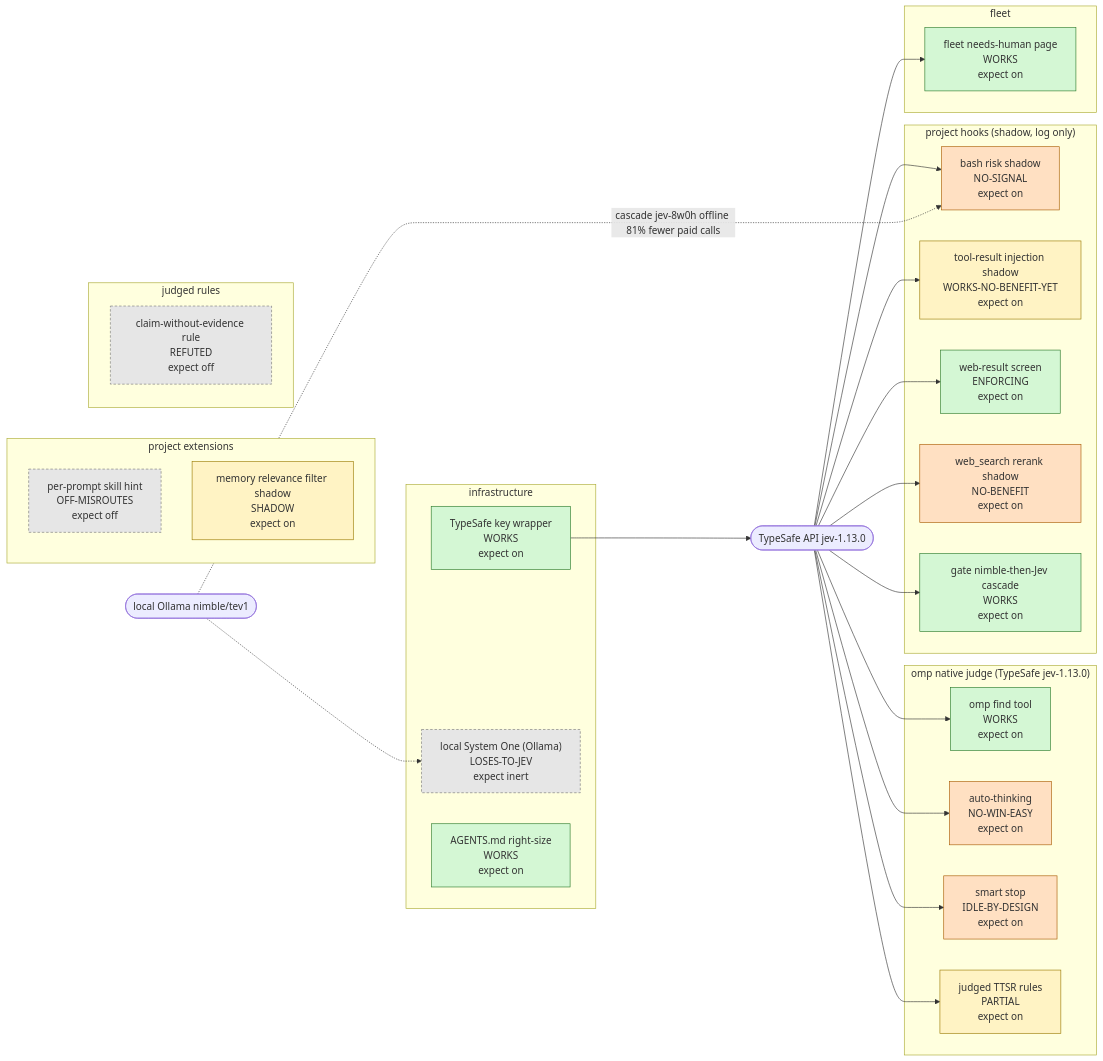
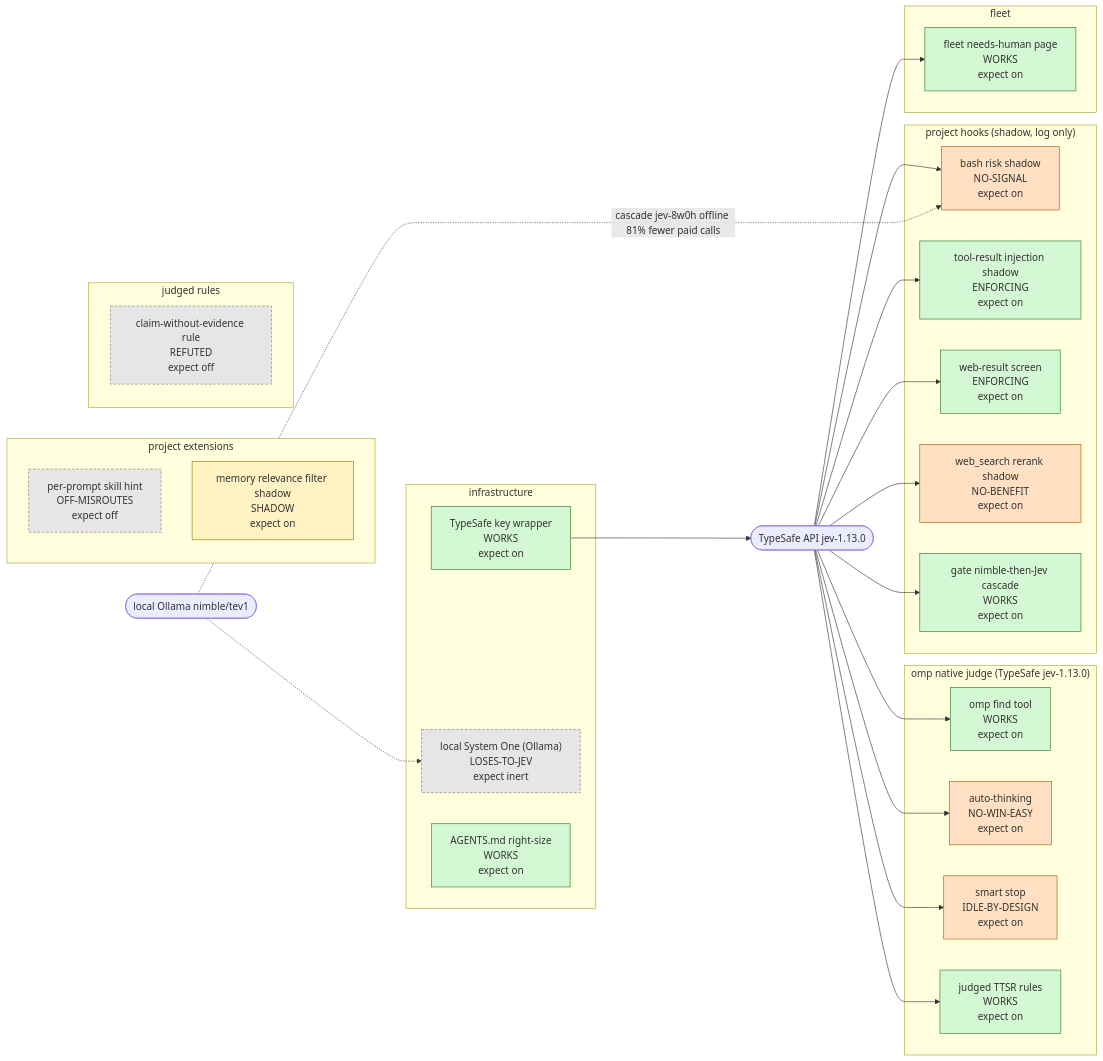
One commit to JYeswak/jev_playground changed the diagram in work/jev-inventory/goldens/inventory-structure.mmd. Above: the diagram before and after it, drawn with Mermaid. The commit also changed 2 other files, not shown here.

Commit message:
data(jev-inventory): record verified outcomes (find, judged rules, injection + web screens enforcing, needs-human); ENFORCING counts as measured [test]

```diff
--- a/work/jev-inventory/goldens/inventory-structure.mmd
+++ b/work/jev-inventory/goldens/inventory-structure.mmd
@@ -1,52 +1,52 @@
 flowchart LR
   JEV(["TypeSafe API jev-1.13.0"])
   LOCAL(["local Ollama nimble/tev1"])
   subgraph native["omp native judge (TypeSafe jev-1.13.0)"]
     find["omp find tool<br/>WORKS<br/>expect on"]
     auto_thinking["auto-thinking<br/>NO-WIN-EASY<br/>expect on"]
     smart_stop["smart stop<br/>IDLE-BY-DESIGN<br/>expect on"]
-    ttsr_judged["judged TTSR rules<br/>PARTIAL<br/>expect on"]
+    ttsr_judged["judged TTSR rules<br/>WORKS<br/>expect on"]
   end
   subgraph hook["project hooks (shadow, log only)"]
     gate_observe["bash risk shadow<br/>NO-SIGNAL<br/>expect on"]
-    injection_shadow["tool-result injection shadow<br/>WORKS-NO-BENEFIT-YET<br/>expect on"]
+    injection_shadow["tool-result injection shadow<br/>ENFORCING<br/>expect on"]
     webscreen["web-result screen<br/>ENFORCING<br/>expect on"]
     websearch_rerank["web_search rerank shadow<br/>NO-BENEFIT<br/>expect on"]
     gate_cascade["gate nimble-then-Jev cascade<br/>WORKS<br/>expect on"]
   end
   subgraph extension["project extensions"]
     skill_hint["per-prompt skill hint<br/>OFF-MISROUTES<br/>expect off"]
     memory_filter["memory relevance filter shadow<br/>SHADOW<br/>expect on"]
   end
   subgraph rule["judged rules"]
     claim_rule["claim-without-evidence rule<br/>REFUTED<br/>expect off"]
   end
   subgraph fleet["fleet"]
     needs_human["fleet needs-human page<br/>WORKS<br/>expect on"]
   end
   subgraph infra["infrastructure"]
     key_wrapper["TypeSafe key wrapper<br/>WORKS<br/>expect on"]
     local_sys1["local System One (Ollama)<br/>LOSES-TO-JEV<br/>expect inert"]
     agents_trim["AGENTS.md right-size<br/>WORKS<br/>expect on"]
   end
   JEV --> find
   JEV --> auto_thinking
   JEV --> smart_stop
   JEV --> ttsr_judged
   JEV --> gate_observe
   JEV --> injection_shadow
   JEV --> webscreen
   JEV --> websearch_rerank
   JEV --> needs_human
   LOCAL -.-> local_sys1
   JEV --> gate_cascade
   LOCAL -. cascade jev-8w0h offline 81% fewer paid calls .-> gate_observe
   key_wrapper --> JEV
   classDef works fill:#d4f7d4,stroke:#2a7a2a
   classDef unproven fill:#fff3c4,stroke:#9a7a00
   classDef nobenefit fill:#ffe0c2,stroke:#a85a00
   classDef off fill:#e6e6e6,stroke:#777,stroke-dasharray:4 3
   class auto_thinking,smart_stop,gate_observe,websearch_rerank nobenefit
   class skill_hint,claim_rule,local_sys1 off
-  class ttsr_judged,injection_shadow,memory_filter unproven
-  class find,webscreen,needs_human,key_wrapper,agents_trim,gate_cascade works
+  class memory_filter unproven
+  class find,ttsr_judged,injection_shadow,webscreen,needs_human,key_wrapper,agents_trim,gate_cascade works
```
